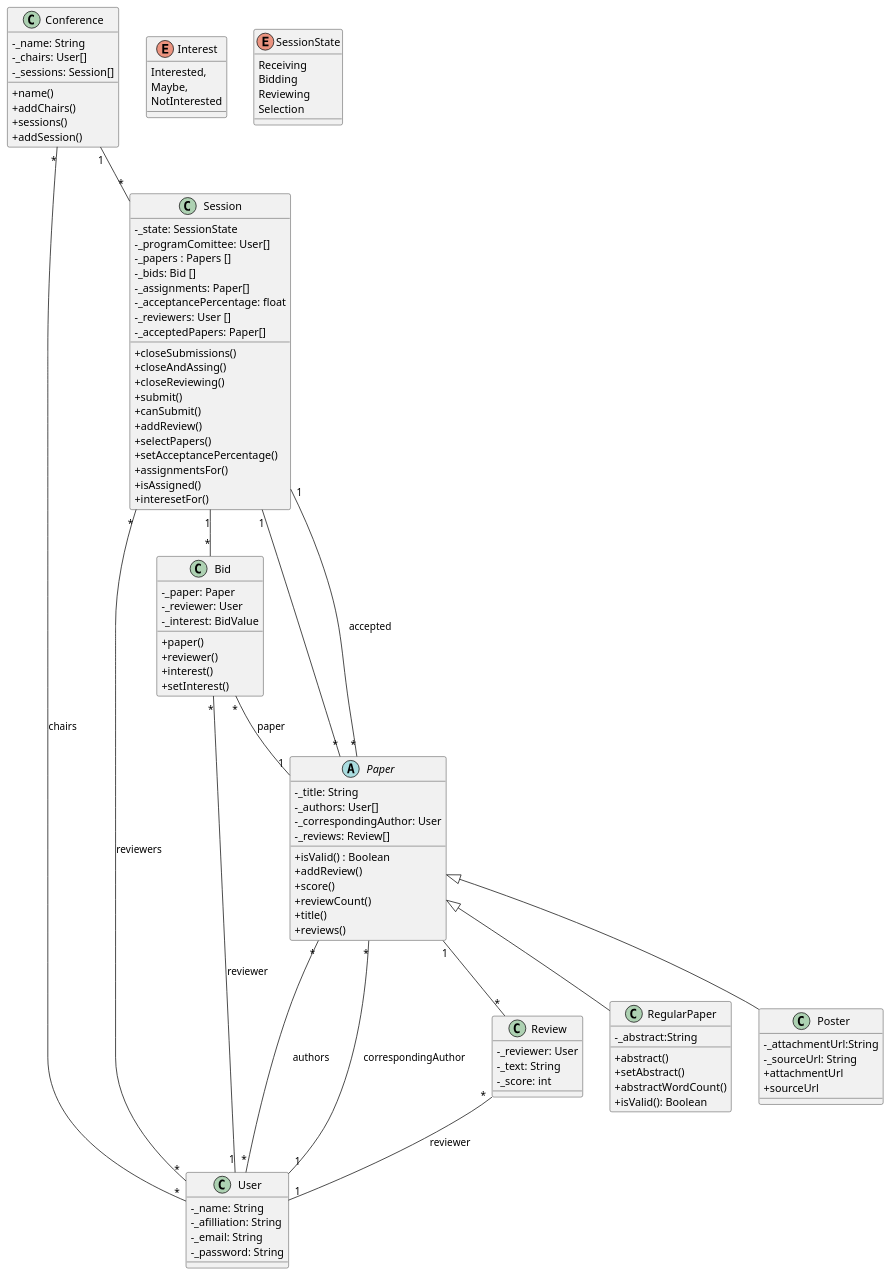
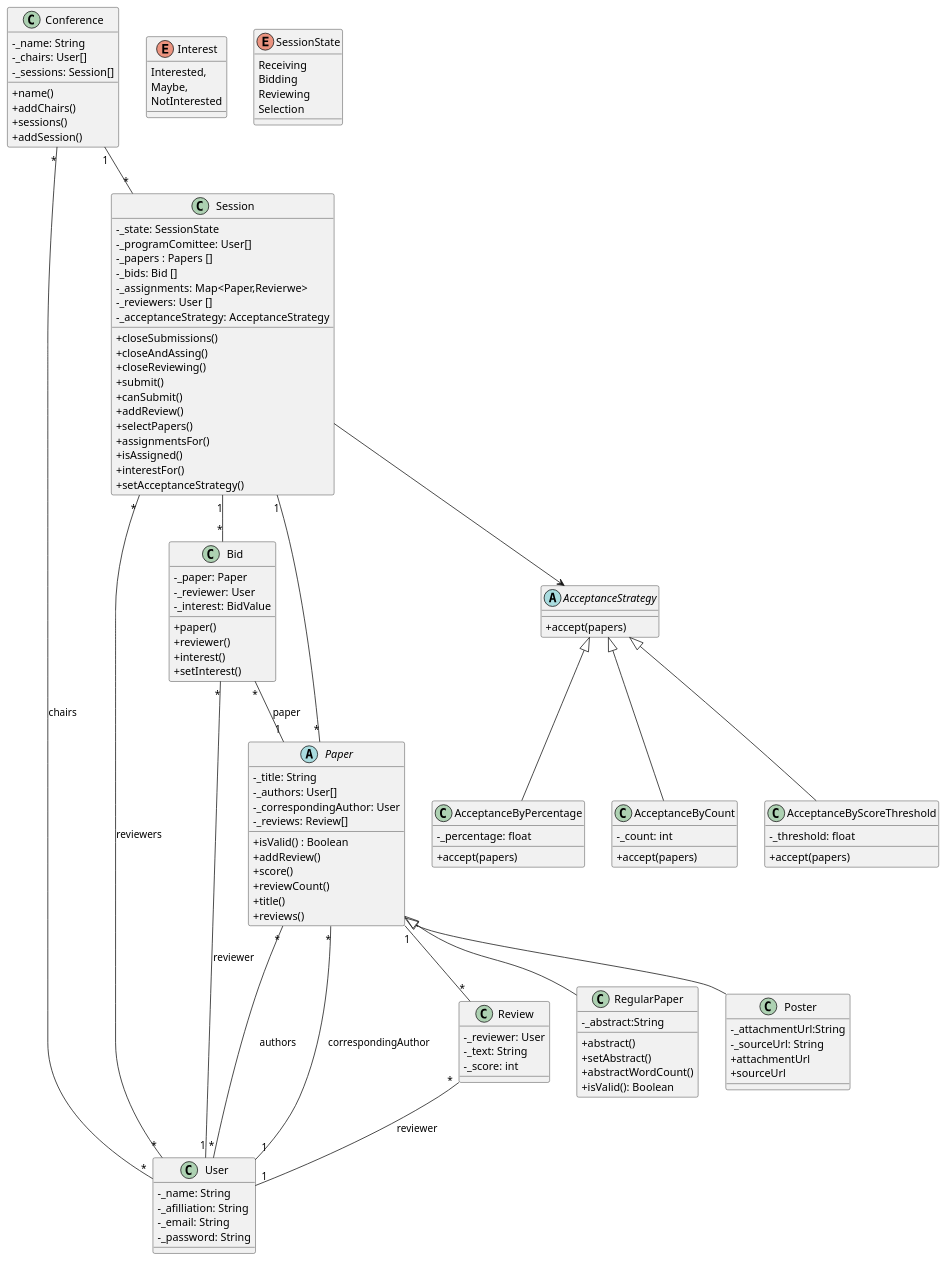
The diagram in diagrams/src.puml (leandronunezchaco/ComfyChair-Mucci-Nu-ez), drawn with PlantUML before and after one commit. The commit also changed 8 other files, not shown here.

Commit message:
modificado uml para tp2

```diff
--- a/diagrams/src.puml
+++ b/diagrams/src.puml
@@ -1,127 +1,154 @@
 @startuml ComfyChair
 
 skinparam ClassAttributeIconSize 0
 
 class User {
     -_name: String
     -_afilliation: String
     -_email: String
     -_password: String
 }
 
 class Conference{
     -_name: String
     -_chairs: User[]
     -_sessions: Session[]
     +name()
     +addChairs()
     +sessions()
     +addSession()
 }
 
 class Session{
     -_state: SessionState
     -_programComittee: User[]
     -_papers : Papers []
     -_bids: Bid []
-    -_assignments: Paper[]
-    -_acceptancePercentage: float
+    -_assignments: Map<Paper,Revierwe>
     -_reviewers: User []
-    -_acceptedPapers: Paper[]
+    -_acceptanceStrategy: AcceptanceStrategy
 
     +closeSubmissions()
     +closeAndAssing()
     +closeReviewing()
     +submit()
     +canSubmit()
     +addReview()
     +selectPapers()
-    +setAcceptancePercentage()
     +assignmentsFor() 
     +isAssigned()
-    +interesetFor()
+    +interestFor()
+    +setAcceptanceStrategy()
 }
 
 class Bid {
     -_paper: Paper
     -_reviewer: User
     -_interest: BidValue
     +paper()
     +reviewer()
     +interest()
     +setInterest()
 }
 
 abstract class Paper {
     -_title: String
     -_authors: User[]
     -_correspondingAuthor: User
     -_reviews: Review[]
     +isValid() : Boolean
     +addReview()
     +score()
     +reviewCount()
     +title()
     +reviews()
 }
 
 class Review{
     -_reviewer: User
     -_text: String
     -_score: int 
 }
 
 
 class RegularPaper {
     -_abstract:String
     +abstract()
     +setAbstract()
     +abstractWordCount()
     +isValid(): Boolean
 }
 
 class Poster {
     -_attachmentUrl:String
     -_sourceUrl: String
     +attachmentUrl
     +sourceUrl
     
 }
 
 
 enum Interest{
     Interested,
     Maybe,
     NotInterested
 }
 
 enum SessionState{
     Receiving
     Bidding
     Reviewing
     Selection
 }
 
 
 
+
+
 Paper <|-- RegularPaper
 Paper <|-- Poster
 
 Conference "1" -- "*" Session
 Conference "*" -- "*" User : chairs
 
 Session "1" -- "*" Paper
 Session "1" -- "*" Bid
 Session "*" -- "*" User : reviewers
-Session "1" -- "*" Paper : accepted
 
 Paper "*" -- "*" User : authors
 Paper "1" -- "*" Review
 Paper "*" -- "1" User : correspondingAuthor
 
 Review "*" -- "1" User : reviewer
 
 Bid "*" -- "1" User : reviewer
 Bid "*" -- "1" Paper : paper
 
+
+' Agrego una nueva jerarquia
+abstract class AcceptanceStrategy{
+    +accept(papers)
+}
+
+class AcceptanceByPercentage{
+    -_percentage: float
+    +accept(papers)
+}
+
+class AcceptanceByCount{
+    -_count: int 
+    +accept(papers)
+}
+
+class AcceptanceByScoreThreshold{
+    -_threshold: float
+    +accept(papers)
+}
+
+Session --> AcceptanceStrategy
+
+AcceptanceStrategy <|--AcceptanceByPercentage
+AcceptanceStrategy <|--AcceptanceByCount
+AcceptanceStrategy <|--AcceptanceByScoreThreshold
+
 @enduml
```
